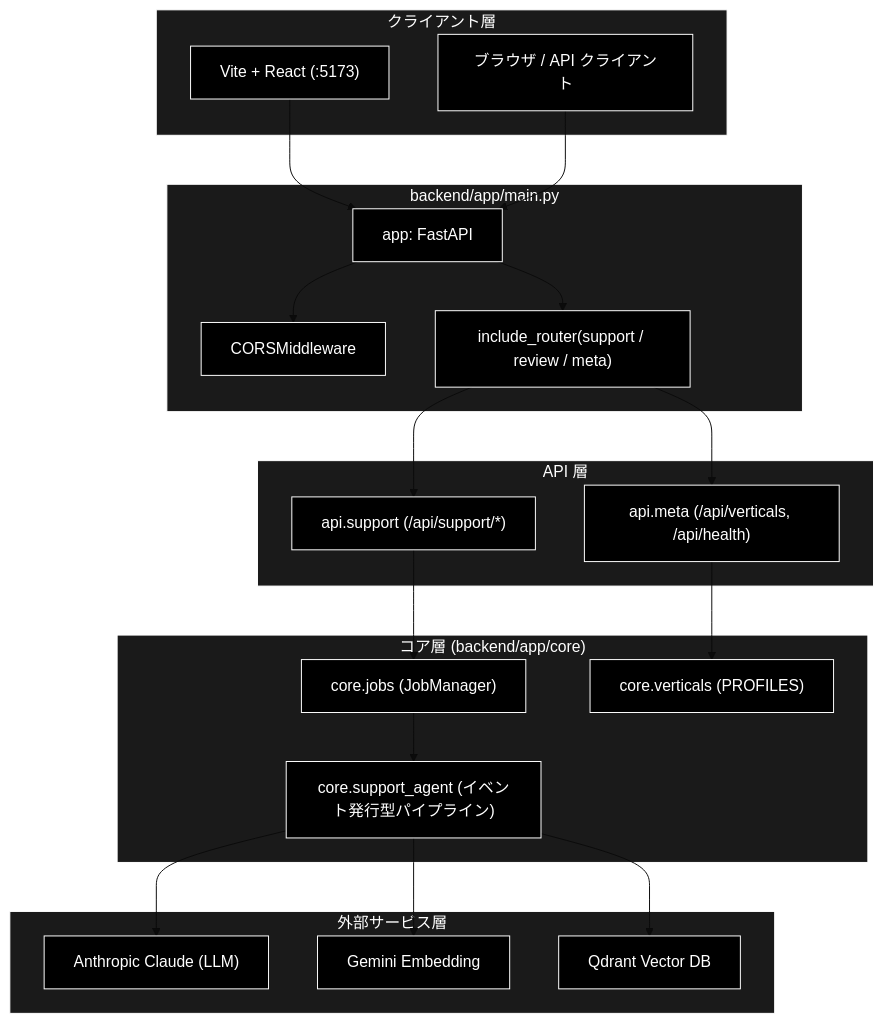
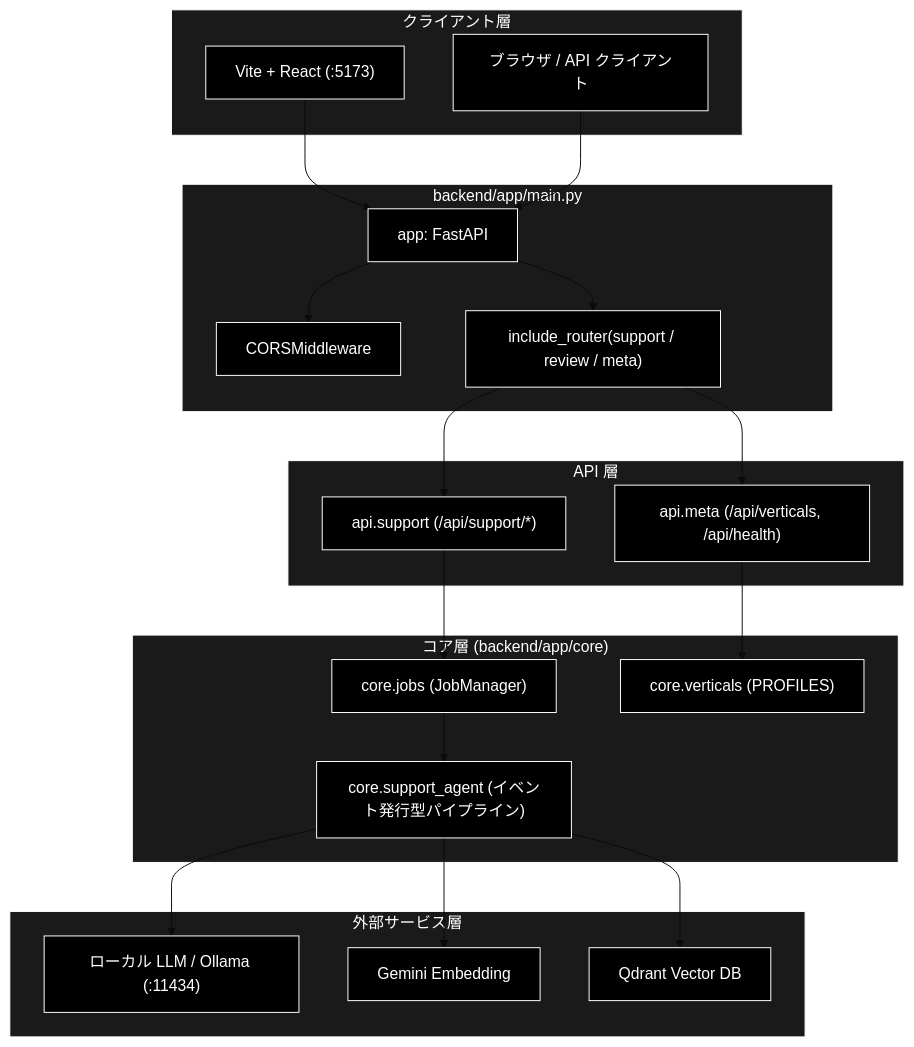
The first of 3 diagrams in backend/docs/main.md (nakashima2toshio/grace_v2_local), drawn with Mermaid (base theme) before and after one commit. The commit also changed other lines of this file and 7 other files, not shown here.

````diff
--- a/backend/docs/main.md
+++ b/backend/docs/main.md
@@ -70,51 +71,51 @@
 ```mermaid
 flowchart TB
     subgraph CLIENT["クライアント層"]
         VITE["Vite + React (:5173)"]
         BROWSER["ブラウザ / API クライアント"]
     end
 
     subgraph MODULE["backend/app/main.py"]
         APP["app: FastAPI"]
         CORS["CORSMiddleware"]
         ROUTERS["include_router(support / review / meta)"]
     end
 
     subgraph APILAYER["API 層"]
         SUPPORT["api.support (/api/support/*)"]
         META["api.meta (/api/verticals, /api/health)"]
     end
 
     subgraph CORELAYER["コア層 (backend/app/core)"]
         JOBS["core.jobs (JobManager)"]
         AGENT["core.support_agent (イベント発行型パイプライン)"]
         VERT["core.verticals (PROFILES)"]
     end
 
     subgraph EXTERNAL["外部サービス層"]
-        ANTHROPIC["Anthropic Claude (LLM)"]
+        OLLAMA["ローカル LLM / Ollama (:11434)"]
         GEMINI["Gemini Embedding"]
         QDRANT["Qdrant Vector DB"]
     end
 
     VITE --> APP
     BROWSER --> APP
     APP --> CORS
     APP --> ROUTERS
     ROUTERS --> SUPPORT
     ROUTERS --> META
     SUPPORT --> JOBS
     JOBS --> AGENT
     META --> VERT
-    AGENT --> ANTHROPIC
+    AGENT --> OLLAMA
     AGENT --> GEMINI
     AGENT --> QDRANT
 classDef default fill:#000,stroke:#fff,color:#fff
 classDef subgraphStyle fill:#1a1a1a,stroke:#fff,color:#fff
-class VITE,BROWSER,APP,CORS,ROUTERS,SUPPORT,META,JOBS,AGENT,VERT,ANTHROPIC,GEMINI,QDRANT default
+class VITE,BROWSER,APP,CORS,ROUTERS,SUPPORT,META,JOBS,AGENT,VERT,OLLAMA,GEMINI,QDRANT default
 style CLIENT fill:#1a1a1a,stroke:#fff,color:#fff
 style MODULE fill:#1a1a1a,stroke:#fff,color:#fff
 style APILAYER fill:#1a1a1a,stroke:#fff,color:#fff
 style CORELAYER fill:#1a1a1a,stroke:#fff,color:#fff
 style EXTERNAL fill:#1a1a1a,stroke:#fff,color:#fff
 ```
````
